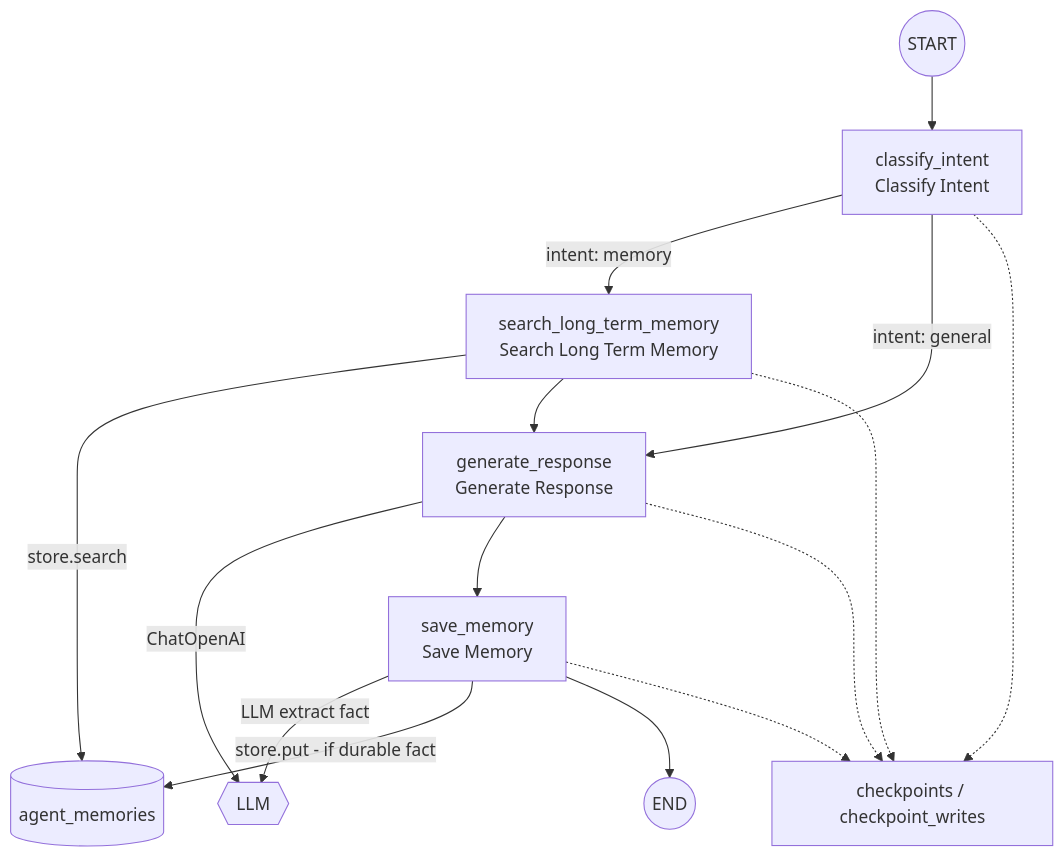
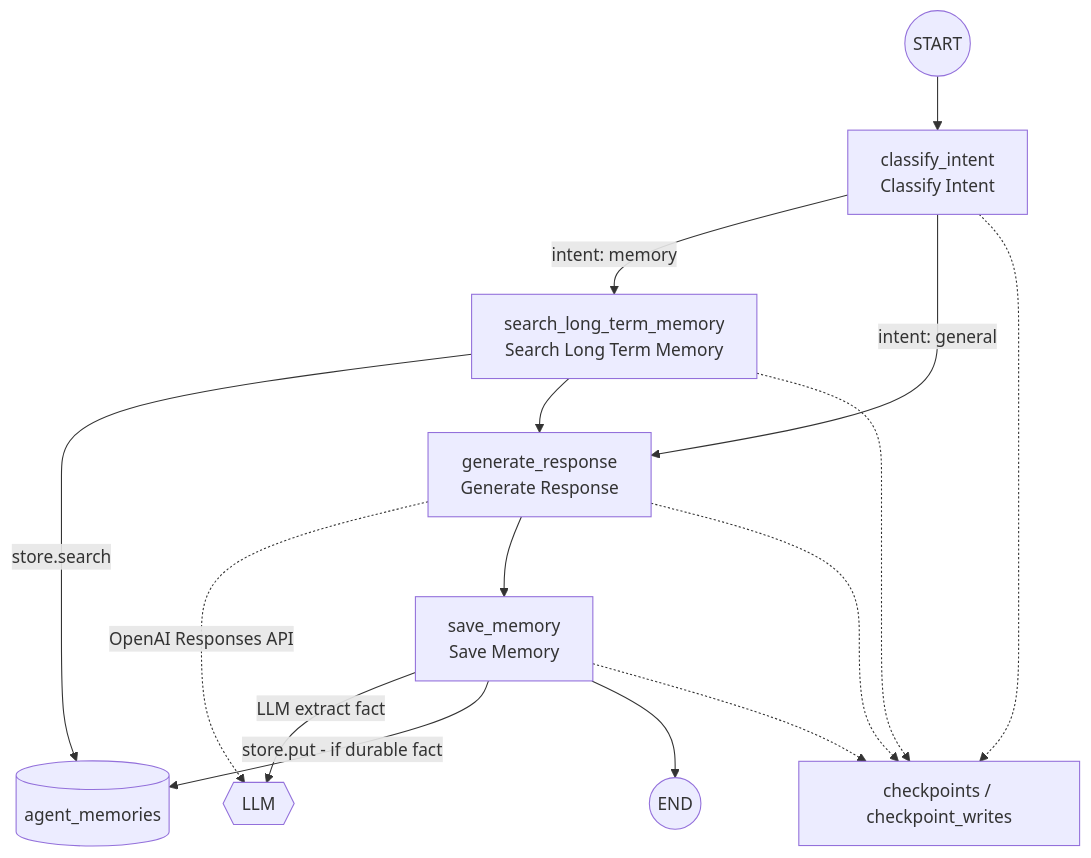
One commit to newellbrandon/pensive-langchain changed the second of 2 diagrams in README.md. Above: the diagram before and after it, drawn with Mermaid. The commit also changed other lines of this file and 7 other files, not shown here.

First line of the commit message:
Use OpenAI Responses API for AI-gateway reasoning models

````diff
--- a/README.md
+++ b/README.md
@@ -32,22 +32,22 @@
 ```mermaid
 flowchart TD
   startNode((START)) --> classify["classify_intent<br/>Classify Intent"]
 
   classify -->|"intent: memory"| search["search_long_term_memory<br/>Search Long Term Memory"]
   classify -->|"intent: general"| generate["generate_response<br/>Generate Response"]
 
   search -->|store.search| agentMem[(agent_memories)]
   search --> generate
 
-  generate -->|ChatOpenAI| llmNode{{LLM}}
+  generate -.->|OpenAI Responses API| llmNode{{LLM}}
   generate --> save["save_memory<br/>Save Memory"]
 
   save -->|LLM extract fact| llmNode
   save -->|"store.put - if durable fact"| agentMem
   save --> endNode((END))
 
   classify -.-> cpNote["checkpoints / checkpoint_writes"]
   search -.-> cpNote
   generate -.-> cpNote
   save -.-> cpNote
 ```
````
